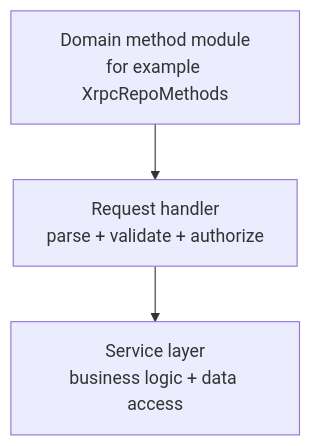
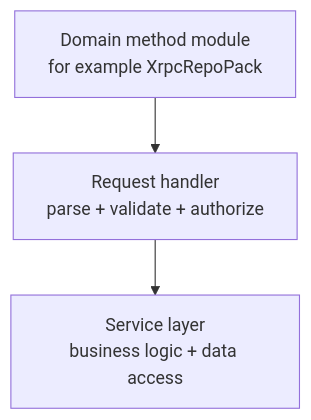
One commit to jvalinsky/garazyk changed the diagram in docs/04-network-layer/domain-methods.md. Above: the diagram before and after it, drawn with Mermaid. The commit also changed other lines of this file and 234 other files, not shown here.

````diff
--- a/docs/04-network-layer/domain-methods.md
+++ b/docs/04-network-layer/domain-methods.md
@@ -13,5 +13,5 @@
 ```mermaid
 flowchart TD
-    module["Domain method module<br/>for example XrpcRepoMethods"] --> handler["Request handler<br/>parse + validate + authorize"]
+    module["Domain method module<br/>for example XrpcRepoPack"] --> handler["Request handler<br/>parse + validate + authorize"]
     handler --> services["Service layer<br/>business logic + data access"]
 ```
````
